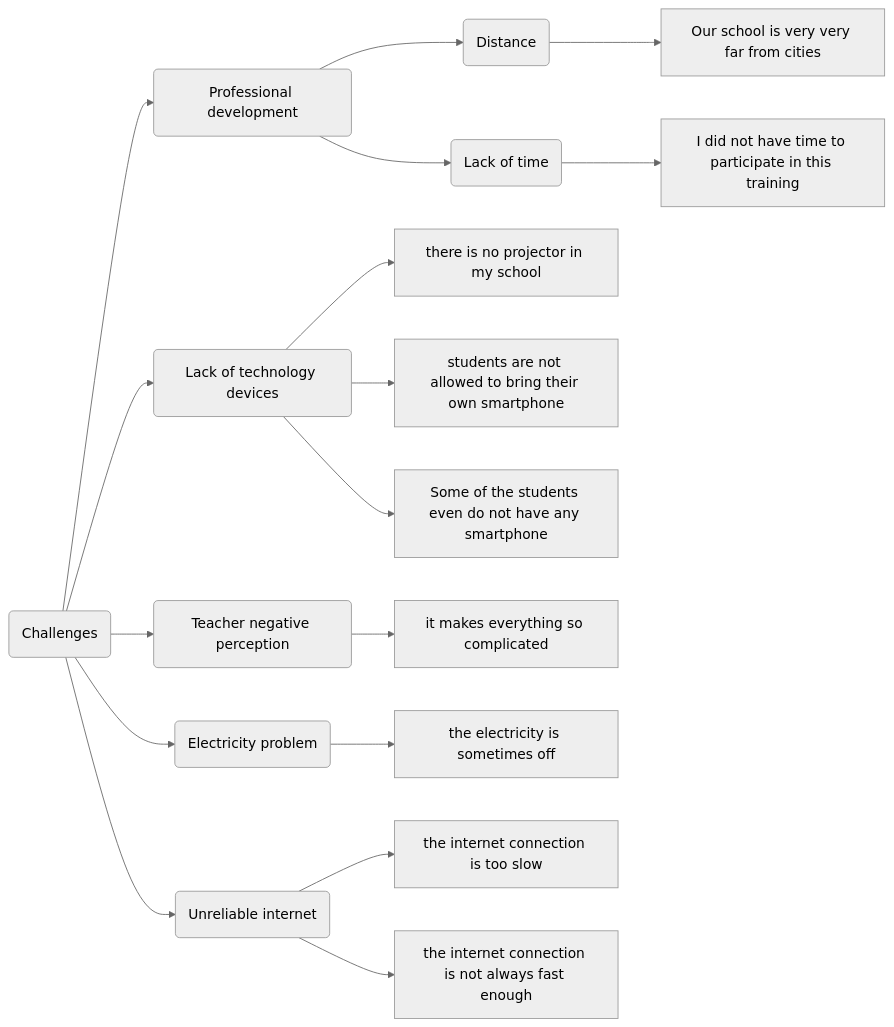
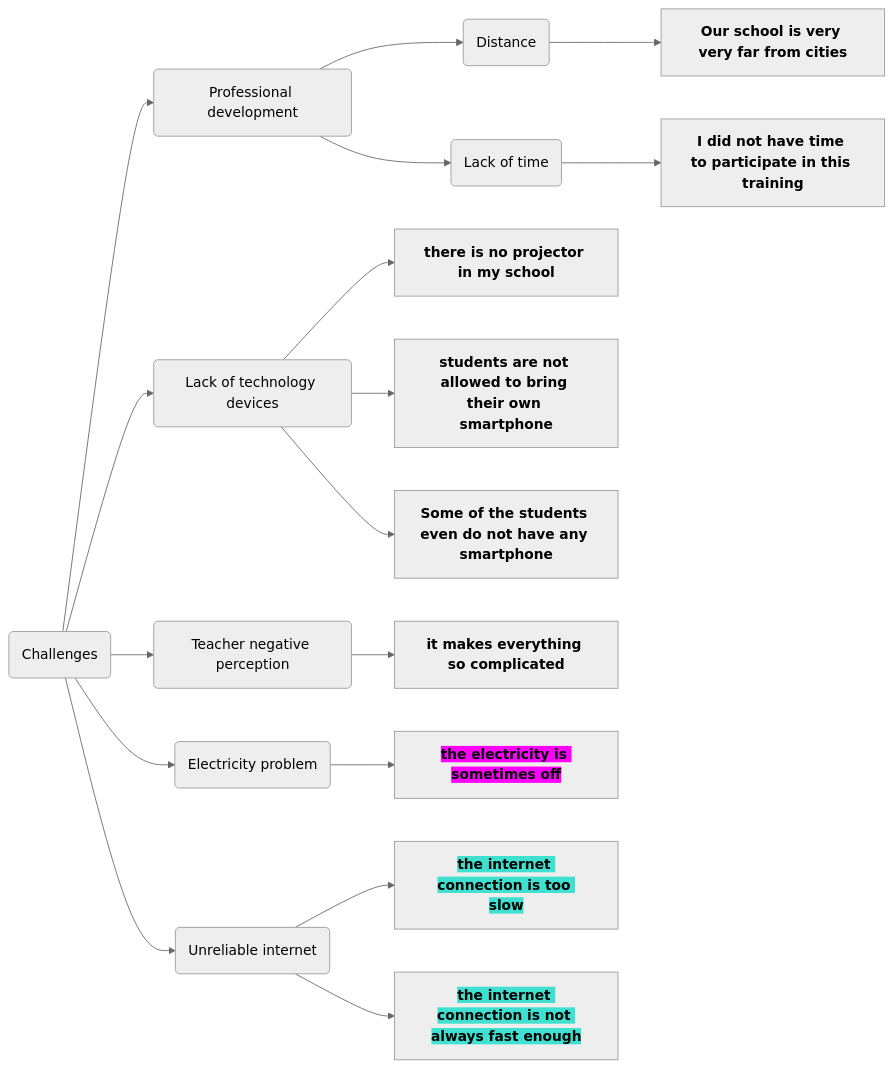
Before and after one commit to faisalmustafa/SLR: the second of 2 diagrams in intro_coding.qmd, drawn with Mermaid (neutral theme). The commit also changed other lines of this file and 2 other files, not shown here.

Commit message:
column page

````diff
--- a/intro_coding.qmd
+++ b/intro_coding.qmd
@@ -30,21 +31,22 @@
 ```{mermaid}
+
 flowchart LR
   A(Challenges)
   A --> B(Professional development)
   B --> C(Distance)
-  C --> D["Our school is very very far from cities"]
+  C --> D[<span style='background-color:____; font-weight: bold'>Our school is very very far from cities</span>]
   B --> E(Lack of time)
-  E --> F["I did not have time to participate in this training"]
-  A --> G("Lack of technology devices")
-  G --> H["there is no projector in my school"]
-  G --> I["students are not allowed to bring their own smartphone"]
-  G --> J["Some of the students even do not have any smartphone"]
+  E --> F[<span style='background-color:____; font-weight: bold'>I did not have time to participate in this training</span>]
+  A --> G(Lack of technology devices)
+  G --> H[<span style='background-color:____; font-weight: bold'>there is no projector in my school</span>]
+  G --> I[<span style='background-color:____; font-weight: bold'>students are not allowed to bring their own smartphone</span>]
+  G --> J[<span style='background-color:____; font-weight: bold'>Some of the students even do not have any smartphone</span>]
   A --> K(Teacher negative perception)
-  K --> L["it makes everything so complicated"]
+  K --> L[<span style='background-color:____; font-weight: bold'>it makes everything so complicated</span>]
   A --> M(Electricity problem)
-  M --> N["the electricity is sometimes off"]
+  M --> N[<span style='background-color:Magenta; font-weight: bold'>the electricity is sometimes off</span>]
   A --> O(Unreliable internet)
-  O --> P["the internet connection is too slow"]
-  O --> Q["the internet connection is not always fast enough"]
+  O --> P[<span style='background-color:Turquoise; font-weight: bold'>the internet connection is too slow</span>]
+  O --> Q[<span style='background-color:Turquoise; font-weight: bold'>the internet connection is not always fast enough</span>]
   
 ```
````
